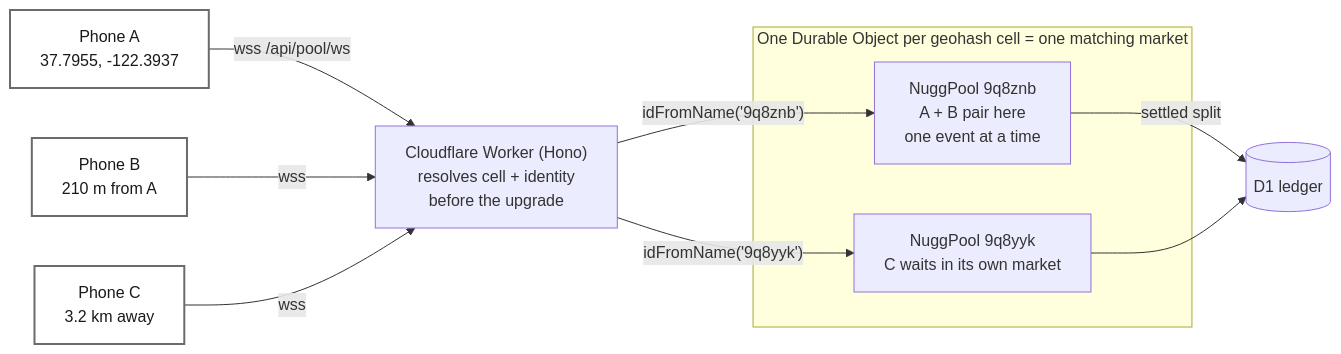
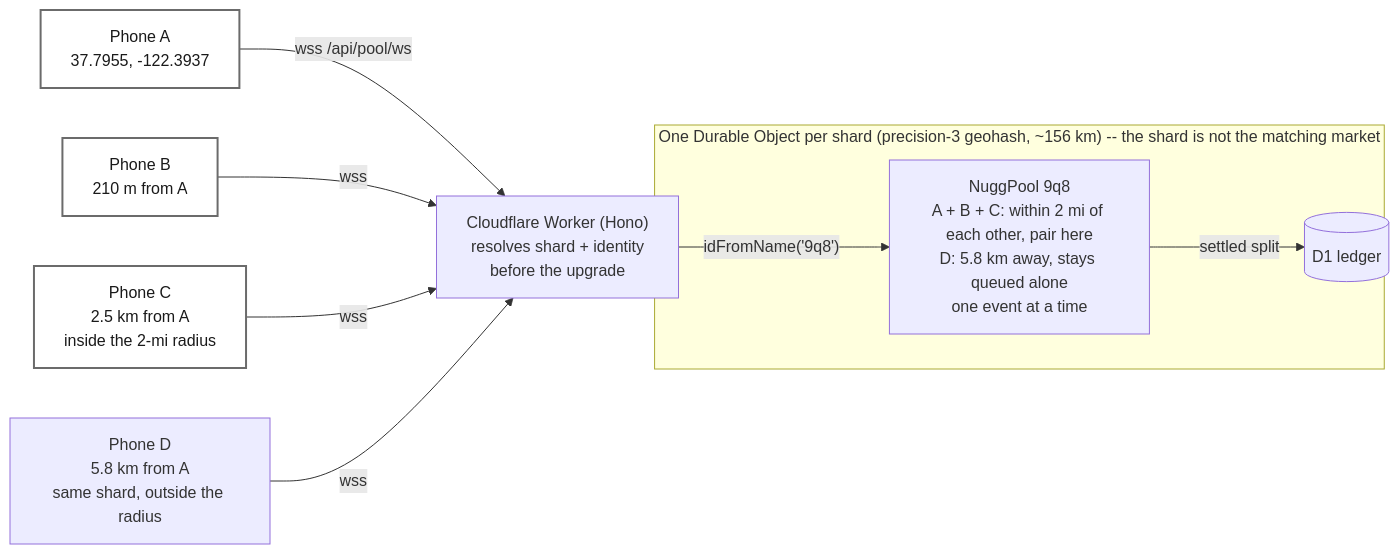
One commit to 2AMLogic/nuggbudz changed the diagram in docs/pitch/nuggbudz-hackathon/nuggbudz-hackathon.2/figures/src/architecture.mmd. Above: the diagram before and after it, drawn with Mermaid. The commit also changed 6 other files, not shown here.

```diff
--- a/docs/pitch/nuggbudz-hackathon/nuggbudz-hackathon.2/figures/src/architecture.mmd
+++ b/docs/pitch/nuggbudz-hackathon/nuggbudz-hackathon.2/figures/src/architecture.mmd
@@ -1,25 +1,30 @@
-%% Cell names and the distance between phones A and B are computed with the
-%% repo's own geohash()/distanceMeters() from shared/geo.ts, not invented:
-%%   37.7955,-122.3937 -> 9q8znb   37.7969,-122.3921 -> 9q8znb (210 m apart)
-%%   37.7749,-122.4194 -> 9q8yyk   (3.2 km away, a different market)
+%% Shard names and distances are computed with the repo's own
+%% geohash()/distanceMeters() from shared/geo.ts, not invented. This figure
+%% reflects the configuration landing in #82/#89 (POOL_CELL_PRECISION 3,
+%% MATCH_RADIUS_METERS 3219 -- two miles), which replaces the geohash cell
+%% with a coarse shard and makes the radius the only thing that decides who
+%% can pair:
+%%   37.7955,-122.3937 -> shard 9q8   37.7969,-122.3921 -> shard 9q8 (210 m apart)
+%%   37.8080,-122.4177 -> shard 9q8 (2.5 km from A -- inside the 2-mile radius)
+%%   37.8280,-122.4450 -> shard 9q8 (5.8 km from A -- same shard, outside the
+%%     2-mile radius, so this buyer stays queued alone)
 %% Rendered by mmdc with -c .anvil/anvil/lib/figures/mermaid-theme.json, which
-%% is where the anvil-accent / anvil-muted node classes come from.
+%% is where the anvil-accent / anvil-muted / anvil-warning node classes come
+%% from.
 flowchart LR
     A["Phone A<br/>37.7955, -122.3937"]:::client -->|"wss /api/pool/ws"| W
     B["Phone B<br/>210 m from A"]:::client -->|"wss"| W
-    C["Phone C<br/>3.2 km away"]:::client -->|"wss"| W
+    C["Phone C<br/>2.5 km from A<br/>inside the 2-mi radius"]:::client -->|"wss"| W
+    PD["Phone D<br/>5.8 km from A<br/>same shard, outside the radius"]:::anvil-warning -->|"wss"| W
 
-    W["Cloudflare Worker (Hono)<br/>resolves cell + identity<br/>before the upgrade"]:::anvil-muted
+    W["Cloudflare Worker (Hono)<br/>resolves shard + identity<br/>before the upgrade"]:::anvil-muted
 
-    W -->|"idFromName('9q8znb')"| P1
-    W -->|"idFromName('9q8yyk')"| P2
+    W -->|"idFromName('9q8')"| P1
 
-    subgraph cells["One Durable Object per geohash cell = one matching market"]
-        P1["NuggPool 9q8znb<br/>A + B pair here<br/>one event at a time"]:::anvil-accent
-        P2["NuggPool 9q8yyk<br/>C waits in its own market"]:::anvil-accent
+    subgraph shard["One Durable Object per shard (precision-3 geohash, ~156 km) -- the shard is not the matching market"]
+        P1["NuggPool 9q8<br/>A + B + C: within 2 mi of each other, pair here<br/>D: 5.8 km away, stays queued alone<br/>one event at a time"]:::anvil-accent
     end
 
-    P1 -->|"settled split"| D[("D1 ledger")]
-    P2 --> D
+    P1 -->|"settled split"| LEDGER[("D1 ledger")]
 
     classDef client fill:#ffffff,stroke:#6b6b6b,stroke-width:2px,color:#1a1a1a
```
